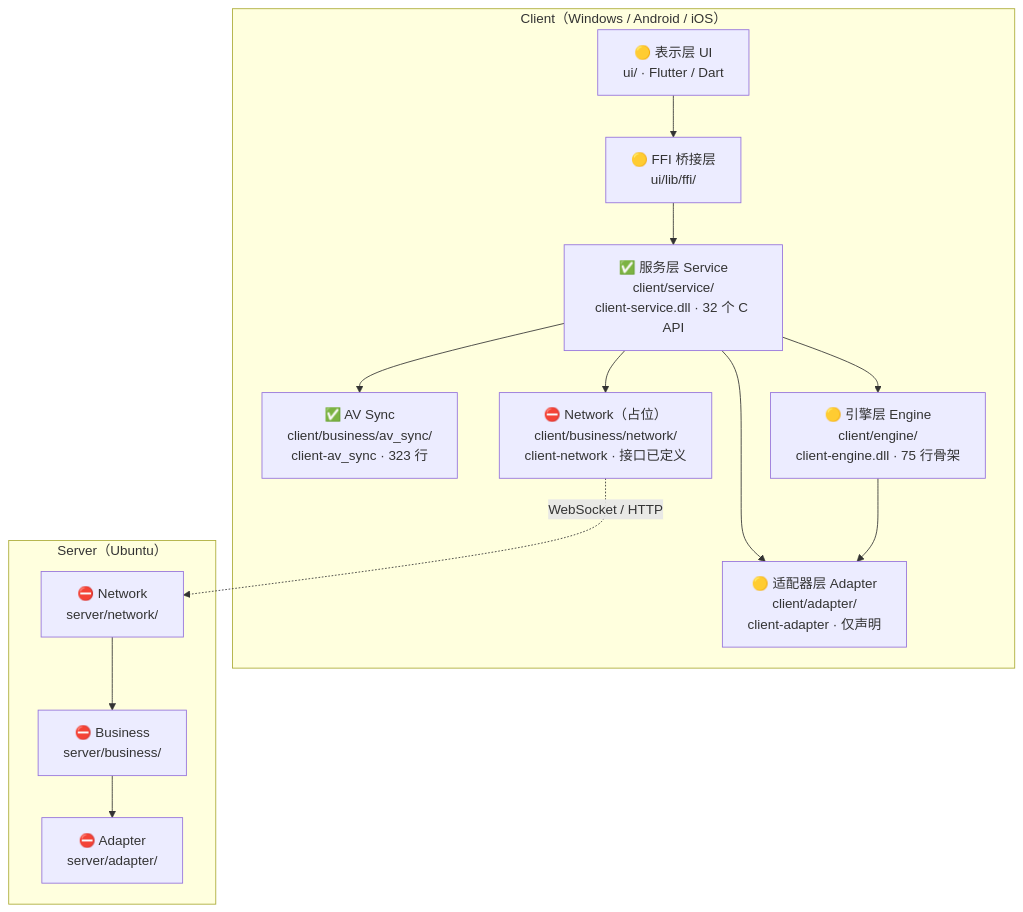
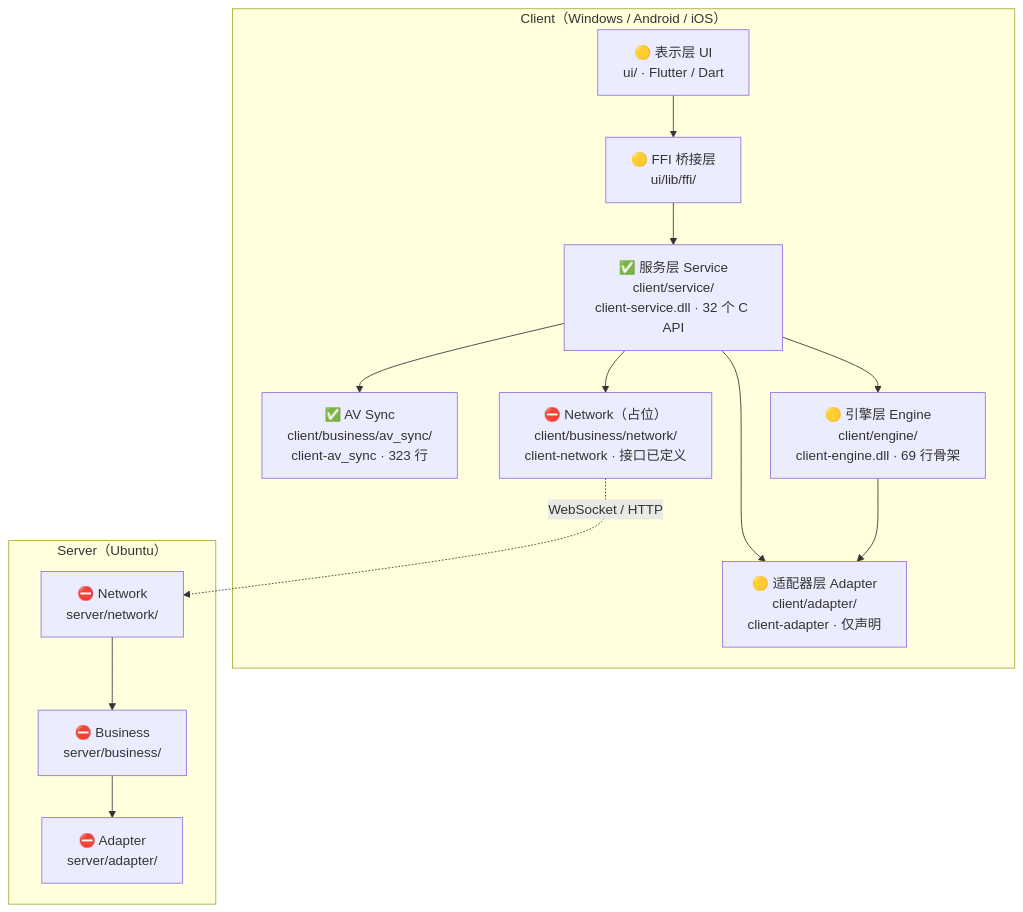
One commit to xiaofusu123/PrismPlayer changed the first of 2 diagrams in docs/markdown/项目框架.md. Above: the diagram before and after it, drawn with Mermaid. The commit also changed other lines of this file and 9 other files, not shown here.

````diff
--- a/docs/markdown/项目框架.md
+++ b/docs/markdown/项目框架.md
@@ -15,29 +15,29 @@
 ```mermaid
 graph TD
 accTitle: 六层架构与 Client/Server 划分
 accDescr: Client 六层与 Server 三层的依赖方向，以及各层实测状态与构建产物
     subgraph Client["Client（Windows / Android / iOS）"]
         UI["🟡 表示层 UI<br/>ui/ · Flutter / Dart"]
         FFI["🟡 FFI 桥接层<br/>ui/lib/ffi/"]
         SVC["✅ 服务层 Service<br/>client/service/<br/>client-service.dll · 32 个 C API"]
         AVS["✅ AV Sync<br/>client/business/av_sync/<br/>client-av_sync · 323 行"]
         NET["⛔ Network（占位）<br/>client/business/network/<br/>client-network · 接口已定义"]
-        ENG["🟡 引擎层 Engine<br/>client/engine/<br/>client-engine.dll · 75 行骨架"]
+        ENG["🟡 引擎层 Engine<br/>client/engine/<br/>client-engine.dll · 69 行骨架"]
         ADP["🟡 适配器层 Adapter<br/>client/adapter/<br/>client-adapter · 仅声明"]
         UI --> FFI --> SVC
         SVC --> AVS
         SVC --> NET
         SVC --> ENG
         SVC --> ADP
         ENG --> ADP
     end
 
     subgraph Server["Server（Ubuntu）"]
         SN["⛔ Network<br/>server/network/"]
         SB["⛔ Business<br/>server/business/"]
         SA["⛔ Adapter<br/>server/adapter/"]
         SN --> SB --> SA
     end
 
     NET -. "WebSocket / HTTP" .-> SN
 ```
````
